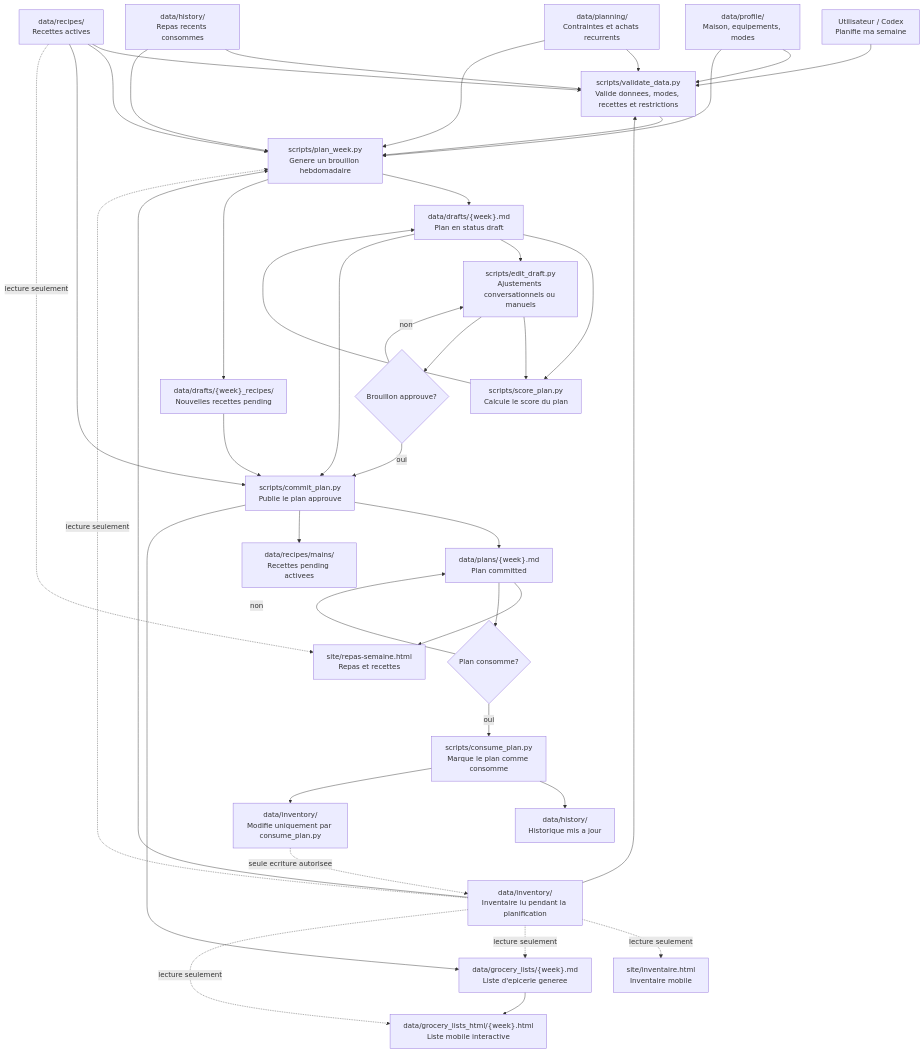
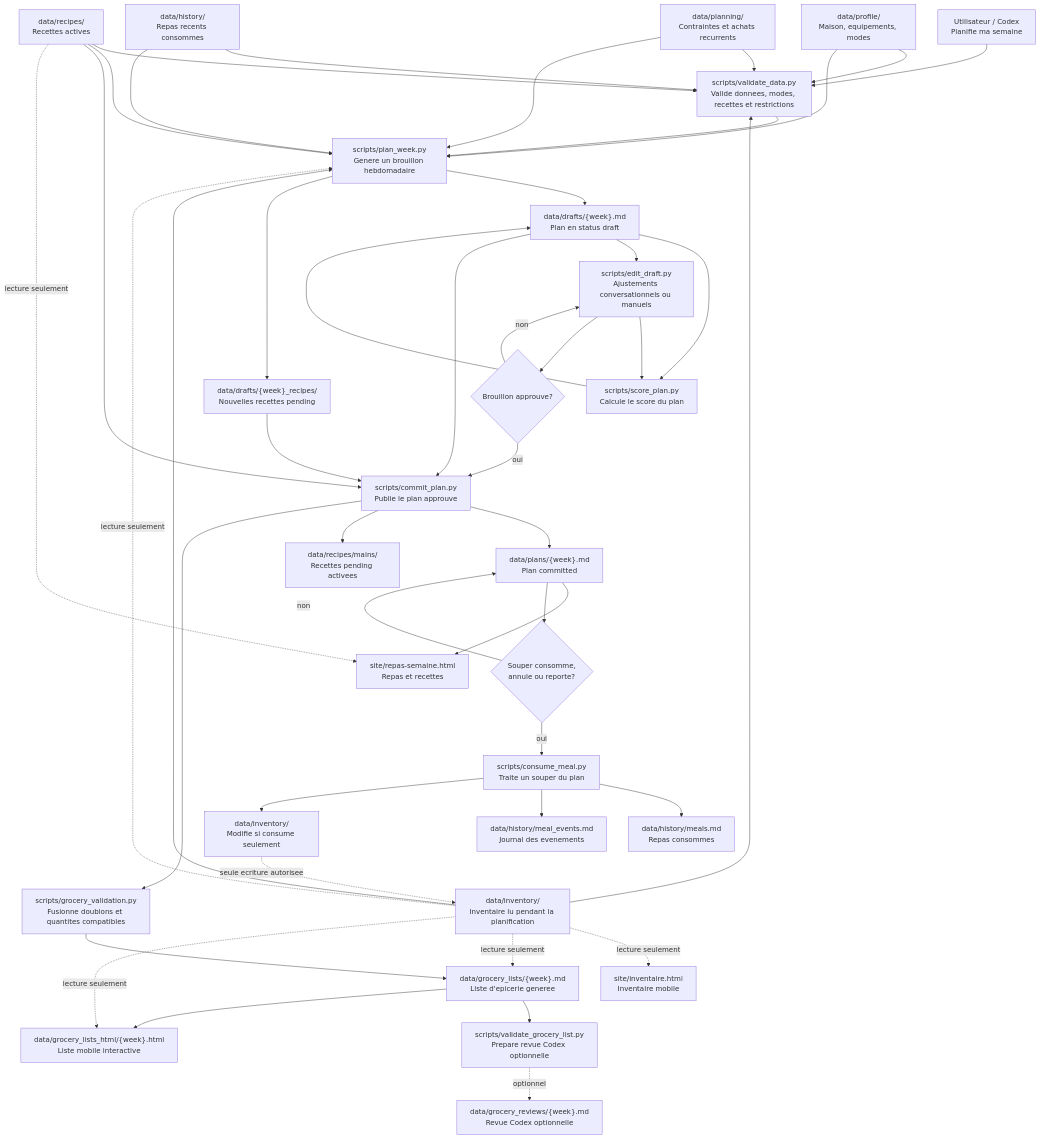
One commit to brierepatrice-web/meal-planner-ai changed the diagram in README.md. Above: the diagram before and after it, drawn with Mermaid. The commit also changed other lines of this file and 31 other files, not shown here.

Commit message:
Refine grocery validation and meal consumption flow

````diff
--- a/README.md
+++ b/README.md
@@ -75,74 +81,82 @@
 ```mermaid
 flowchart TD
     user["Utilisateur / Codex<br/>Planifie ma semaine"]
 
     profile["data/profile/<br/>Maison, equipements, modes"]
     inventory["data/inventory/<br/>Inventaire lu pendant la planification"]
     planning["data/planning/<br/>Contraintes et achats recurrents"]
     history["data/history/<br/>Repas recents consommes"]
     recipes["data/recipes/<br/>Recettes actives"]
 
     validate["scripts/validate_data.py<br/>Valide donnees, modes, recettes et restrictions"]
     plan["scripts/plan_week.py<br/>Genere un brouillon hebdomadaire"]
     draft["data/drafts/{week}.md<br/>Plan en status draft"]
     pending["data/drafts/{week}_recipes/<br/>Nouvelles recettes pending"]
     scoreDraft["scripts/score_plan.py<br/>Calcule le score du plan"]
     edit["scripts/edit_draft.py<br/>Ajustements conversationnels ou manuels"]
     approve{"Brouillon approuve?"}
     commit["scripts/commit_plan.py<br/>Publie le plan approuve"]
     planOut["data/plans/{week}.md<br/>Plan committed"]
     activeRecipes["data/recipes/mains/<br/>Recettes pending activees"]
+    groceryValidation["scripts/grocery_validation.py<br/>Fusionne doublons et quantites compatibles"]
     grocery["data/grocery_lists/{week}.md<br/>Liste d'epicerie generee"]
+    groceryReviewCommand["scripts/validate_grocery_list.py<br/>Prepare revue Codex optionnelle"]
+    groceryReview["data/grocery_reviews/{week}.md<br/>Revue Codex optionnelle"]
     groceryHtml["data/grocery_lists_html/{week}.html<br/>Liste mobile interactive"]
     mealHtml["site/repas-semaine.html<br/>Repas et recettes"]
     inventoryHtml["site/inventaire.html<br/>Inventaire mobile"]
-    consumed{"Plan consomme?"}
-    consume["scripts/consume_plan.py<br/>Marque le plan comme consomme"]
-    historyUpdate["data/history/<br/>Historique mis a jour"]
-    inventoryUpdate["data/inventory/<br/>Modifie uniquement par consume_plan.py"]
+    consumed{"Souper consomme,<br/>annule ou reporte?"}
+    consume["scripts/consume_meal.py<br/>Traite un souper du plan"]
+    historyUpdate["data/history/meals.md<br/>Repas consommes"]
+    eventLog["data/history/meal_events.md<br/>Journal des evenements"]
+    inventoryUpdate["data/inventory/<br/>Modifie si consume seulement"]
 
     user --> validate
     profile --> validate
     inventory --> validate
     planning --> validate
     history --> validate
     recipes --> validate
 
     validate --> plan
     profile --> plan
     inventory --> plan
     planning --> plan
     history --> plan
     recipes --> plan
 
     plan --> draft
     plan --> pending
     draft --> scoreDraft
     scoreDraft --> draft
     draft --> edit
     edit --> scoreDraft
     edit --> approve
     approve -- non --> edit
     approve -- oui --> commit
     pending --> commit
     draft --> commit
     recipes --> commit
 
     commit --> planOut
     commit --> activeRecipes
-    commit --> grocery
+    commit --> groceryValidation
+    groceryValidation --> grocery
+    grocery --> groceryReviewCommand
+    groceryReviewCommand -. optionnel .-> groceryReview
     grocery --> groceryHtml
     planOut --> mealHtml
     recipes -. lecture seulement .-> mealHtml
     inventory -. lecture seulement .-> inventoryHtml
     planOut --> consumed
     consumed -- non --> planOut
     consumed -- oui --> consume
     consume --> historyUpdate
+    consume --> eventLog
     consume --> inventoryUpdate
 
     inventory -. lecture seulement .-> plan
     inventory -. lecture seulement .-> grocery
     inventory -. lecture seulement .-> groceryHtml
     inventoryUpdate -. seule ecriture autorisee .-> inventory
 ```
````
